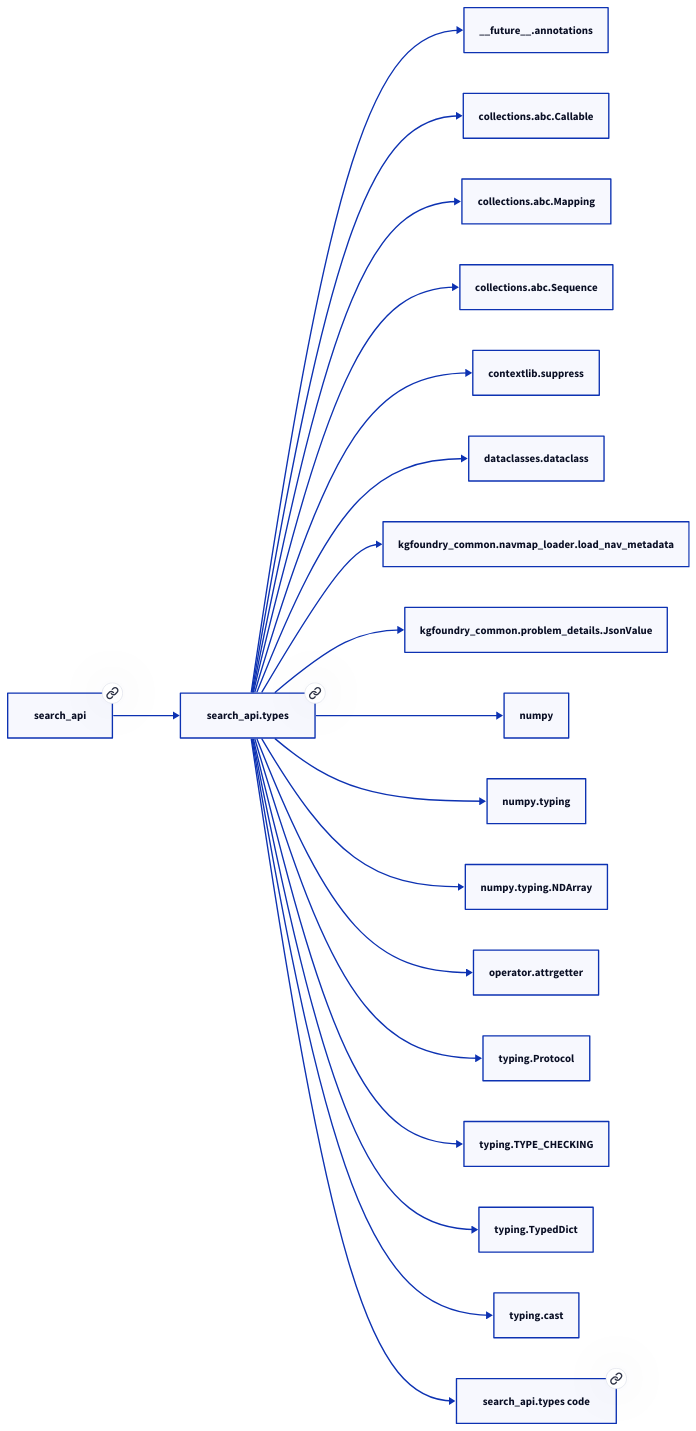
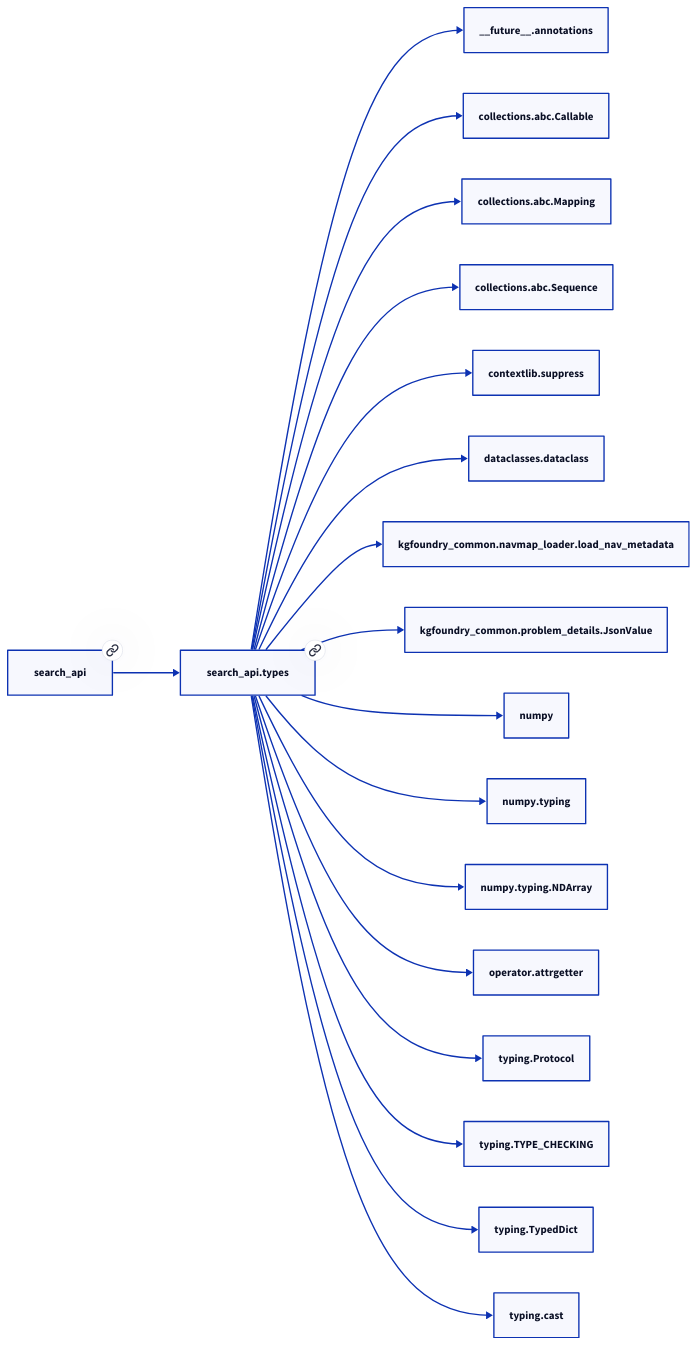
The second of 2 diagrams in docs/modules/search_api/types.md (paul-heyse/kgforge), drawn with D2 before and after one commit. The commit also changed other lines of this file and 118 other files, not shown here.

````diff
--- a/docs/modules/search_api/types.md
+++ b/docs/modules/search_api/types.md
@@ -145,40 +143,38 @@
 ```d2
 direction: right
-"search_api.types": "search_api.types" { link: "./search_api/types.md" }
+"search_api.types": "search_api.types" { link: "types.md" }
 "__future__.annotations": "__future__.annotations"
 "search_api.types" -> "__future__.annotations"
 "collections.abc.Callable": "collections.abc.Callable"
 "search_api.types" -> "collections.abc.Callable"
 "collections.abc.Mapping": "collections.abc.Mapping"
 "search_api.types" -> "collections.abc.Mapping"
 "collections.abc.Sequence": "collections.abc.Sequence"
 "search_api.types" -> "collections.abc.Sequence"
 "contextlib.suppress": "contextlib.suppress"
 "search_api.types" -> "contextlib.suppress"
 "dataclasses.dataclass": "dataclasses.dataclass"
 "search_api.types" -> "dataclasses.dataclass"
 "kgfoundry_common.navmap_loader.load_nav_metadata": "kgfoundry_common.navmap_loader.load_nav_metadata"
 "search_api.types" -> "kgfoundry_common.navmap_loader.load_nav_metadata"
 "kgfoundry_common.problem_details.JsonValue": "kgfoundry_common.problem_details.JsonValue"
 "search_api.types" -> "kgfoundry_common.problem_details.JsonValue"
 "numpy": "numpy"
 "search_api.types" -> "numpy"
 "numpy.typing": "numpy.typing"
 "search_api.types" -> "numpy.typing"
 "numpy.typing.NDArray": "numpy.typing.NDArray"
 "search_api.types" -> "numpy.typing.NDArray"
 "operator.attrgetter": "operator.attrgetter"
 "search_api.types" -> "operator.attrgetter"
 "typing.Protocol": "typing.Protocol"
 "search_api.types" -> "typing.Protocol"
 "typing.TYPE_CHECKING": "typing.TYPE_CHECKING"
 "search_api.types" -> "typing.TYPE_CHECKING"
 "typing.TypedDict": "typing.TypedDict"
 "search_api.types" -> "typing.TypedDict"
 "typing.cast": "typing.cast"
 "search_api.types" -> "typing.cast"
-"search_api": "search_api" { link: "./search_api.md" }
+"search_api": "search_api" { link: "../search_api.md" }
 "search_api" -> "search_api.types"
-"search_api.types_code": "search_api.types code" { link: "https://github.com/kgfoundry/kgfoundry/blob/main/src/search_api/types.py" }
-"search_api.types" -> "search_api.types_code" { style: dashed }
 ```
````
